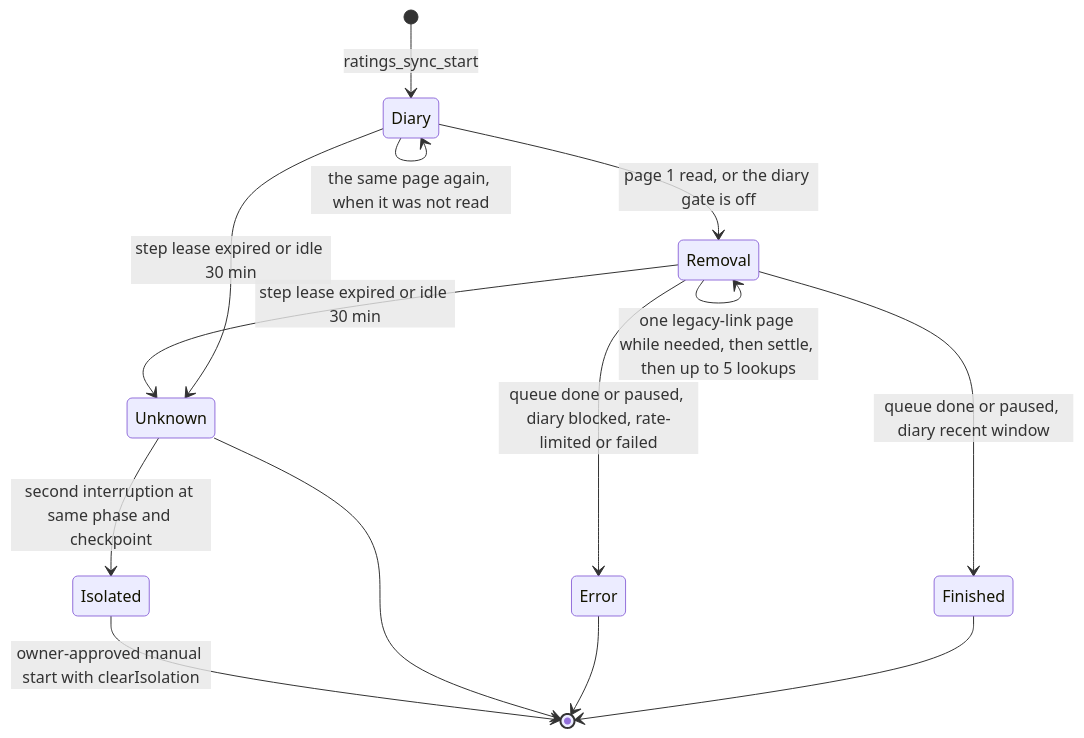
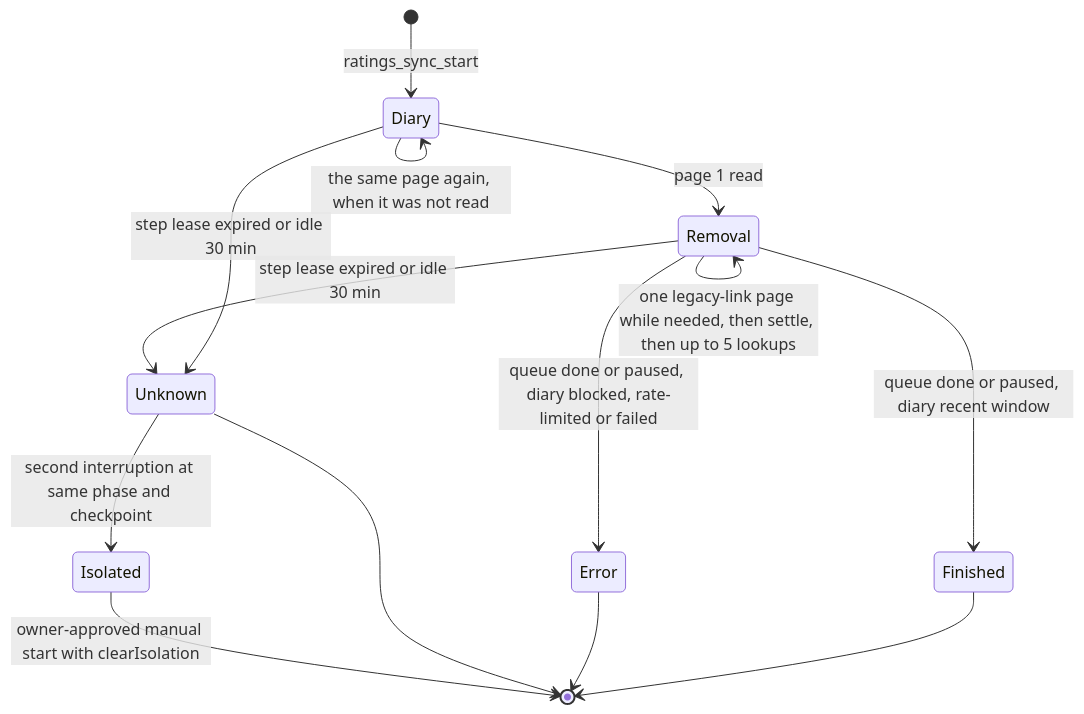
One commit to vladimino/iptv-watchlist changed the sixth of 6 diagrams in docs/architecture/scheduling-and-orchestration.md. Above: the diagram before and after it, drawn with Mermaid. The commit also changed other lines of this file and 26 other files, not shown here.

First line of the commit message:
Retire LETTERBOXD_DIARY_HISTORY so a migrated ratings run always reads Diary page 1.

````diff
--- a/docs/architecture/scheduling-and-orchestration.md
+++ b/docs/architecture/scheduling-and-orchestration.md
@@ -177,16 +177,16 @@
 ```mermaid
 stateDiagram-v2
     [*] --> Diary: ratings_sync_start
     Diary --> Diary: the same page again, when it was not read
-    Diary --> Removal: page 1 read, or the diary gate is off
+    Diary --> Removal: page 1 read
     Removal --> Removal: one legacy-link page while needed, then settle, then up to 5 lookups
     Removal --> Finished: queue done or paused, diary recent window
     Removal --> Error: queue done or paused, diary blocked, rate-limited or failed
     Diary --> Unknown: step lease expired or idle 30 min
     Removal --> Unknown: step lease expired or idle 30 min
     Unknown --> Isolated: second interruption at same phase and checkpoint
     Finished --> [*]
     Error --> [*]
     Unknown --> [*]
     Isolated --> [*]: owner-approved manual start with clearIsolation
 ```
````
